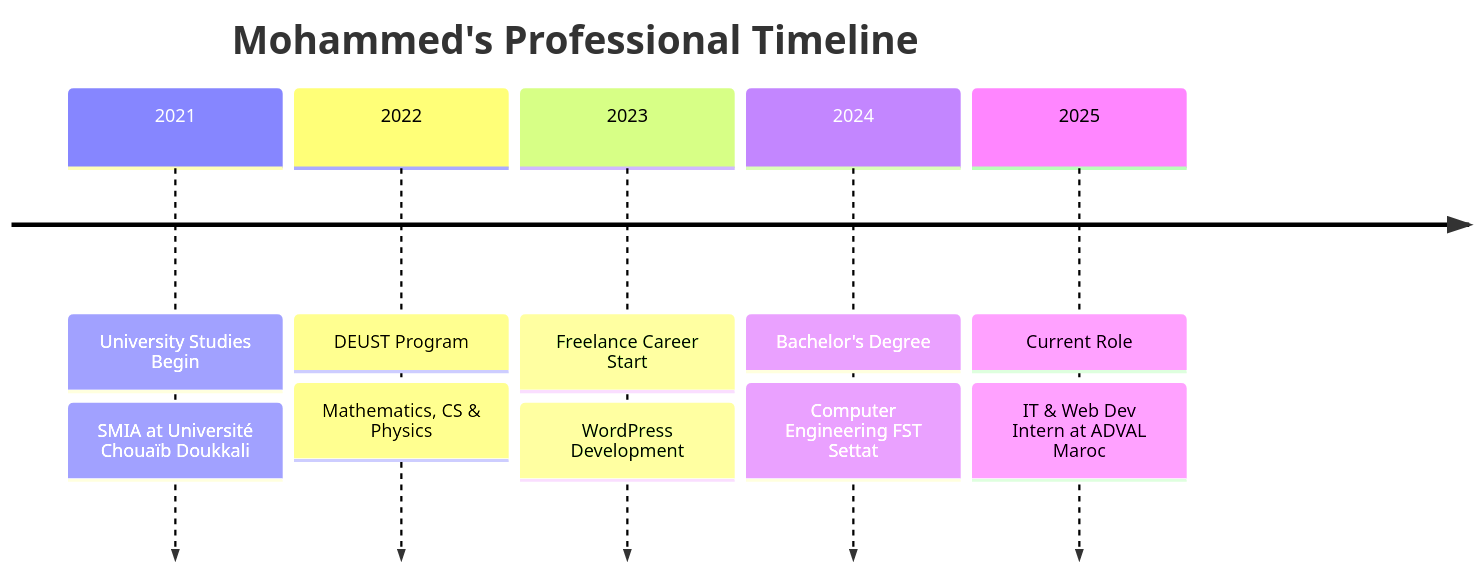
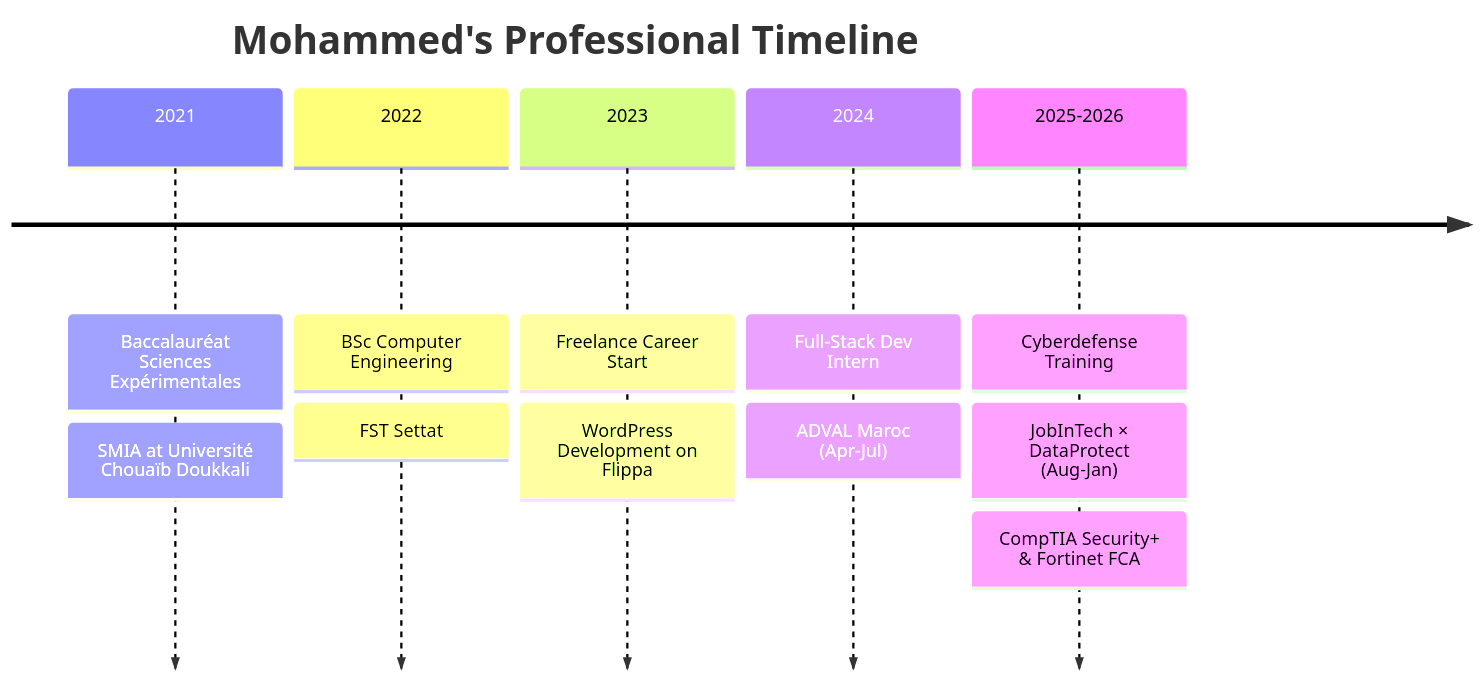
Before and after one commit to MohammedAbd01/MohammedAbd01: the first of 3 diagrams in README.md, drawn with Mermaid. The commit also changed other lines of this file, not shown here.

````diff
--- a/README.md
+++ b/README.md
@@ -167,14 +277,15 @@
 ```mermaid
 timeline
     title Mohammed's Professional Timeline
-    2021 : University Studies Begin
+    2021 : Baccalauréat Sciences Expérimentales
          : SMIA at Université Chouaïb Doukkali
-    2022 : DEUST Program
-         : Mathematics, CS & Physics
+    2022 : BSc Computer Engineering
+         : FST Settat
     2023 : Freelance Career Start
-         : WordPress Development
-    2024 : Bachelor's Degree
-         : Computer Engineering FST Settat
-    2025 : Current Role
-         : IT & Web Dev Intern at ADVAL Maroc
+         : WordPress Development on Flippa
+    2024 : Full-Stack Dev Intern
+         : ADVAL Maroc (Apr-Jul)
+    2025-2026 : Cyberdefense Training
+              : JobInTech × DataProtect (Aug-Jan)
+              : CompTIA Security+ & Fortinet FCA
 ```
````
